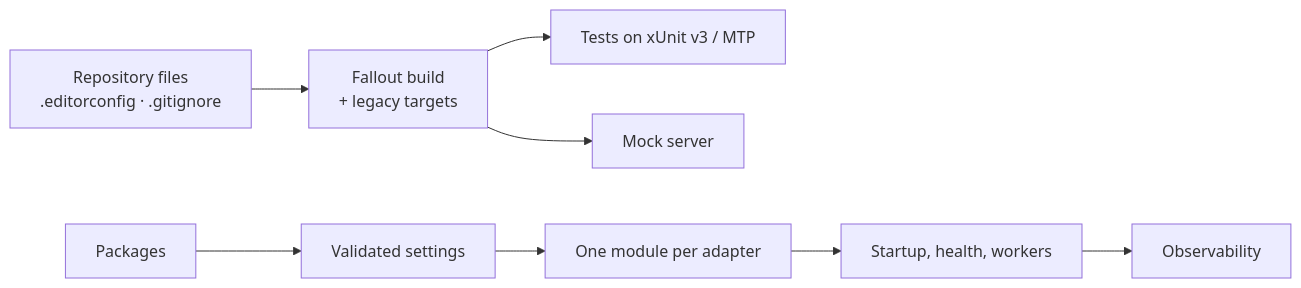
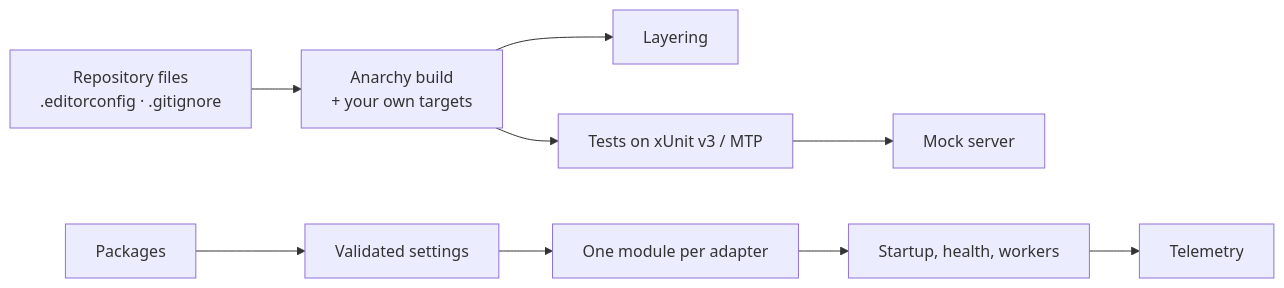
One commit to anarchy-io/anarchy-toolkit changed the diagram in docs/guides/adopting-existing-solution.md. Above: the diagram before and after it, drawn with Mermaid. The commit also changed other lines of this file and 111 other files, not shown here.

First line of the commit message:
docs(onboarding): Align package guidance, skills, and architecture

````diff
--- a/docs/guides/adopting-existing-solution.md
+++ b/docs/guides/adopting-existing-solution.md
@@ -20,7 +20,8 @@
 ```mermaid
 flowchart LR
-    A1["Repository files<br/>.editorconfig · .gitignore"] --> A2["Fallout build<br/>+ legacy targets"]
-    A2 --> A3["Tests on xUnit v3 / MTP"]
-    A2 --> B["Mock server"]
-    C1["Packages"] --> C2["Validated settings"] --> C3["One module per adapter"] --> D["Startup, health, workers"] --> E["Observability"]
+    A1["Repository files<br/>.editorconfig · .gitignore"] --> A2["Anarchy build<br/>+ your own targets"]
+    A2 --> A3["Layering"]
+    A2 --> A4["Tests on xUnit v3 / MTP"]
+    A4 --> B["Mock server"]
+    C1["Packages"] --> C2["Validated settings"] --> C3["One module per adapter"] --> D["Startup, health, workers"] --> E["Telemetry"]
 ```
````
